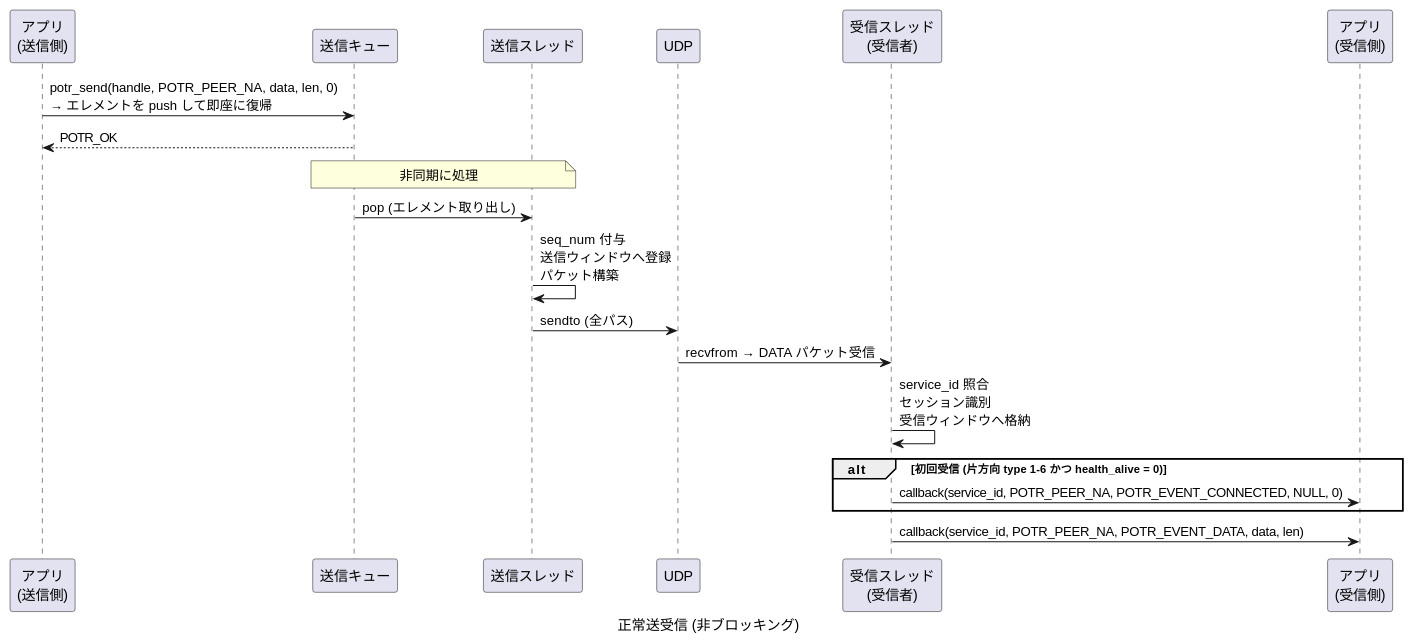
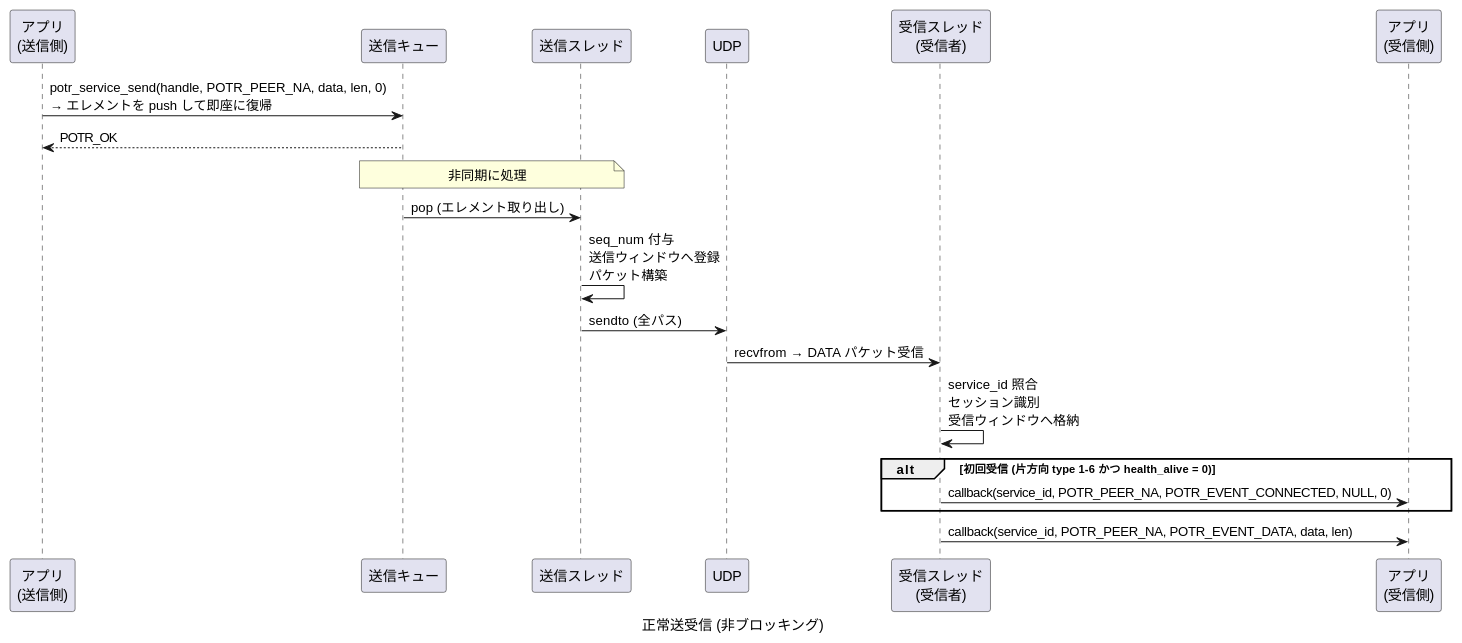
The first of 9 diagrams in docs/sequence-data.md (Hondarer/app_porter), drawn with PlantUML before and after one commit. The commit also changed other lines of this file and 46 other files, not shown here.

````diff
--- a/docs/sequence-data.md
+++ b/docs/sequence-data.md
@@ -9,31 +9,31 @@
 ```plantuml
 @startuml 正常送受信 (非ブロッキング)
 caption 正常送受信 (非ブロッキング)
 
 participant "アプリ\n(送信側)" as SAPP
 participant "送信キュー" as Q
 participant "送信スレッド" as ST
 participant "UDP" as UDP
 participant "受信スレッド\n(受信者)" as RRT
 participant "アプリ\n(受信側)" as RAPP
 
-SAPP -> Q: potr_send(handle, POTR_PEER_NA, data, len, 0)\n→ エレメントを push して即座に復帰
+SAPP -> Q: potr_service_send(handle, POTR_PEER_NA, data, len, 0)\n→ エレメントを push して即座に復帰
 SAPP <-- Q: POTR_OK
 
 note over Q, ST: 非同期に処理
 
 Q -> ST: pop (エレメント取り出し)
 ST -> ST: seq_num 付与\n送信ウィンドウへ登録\nパケット構築
 ST -> UDP: sendto (全パス)
 
 UDP -> RRT: recvfrom → DATA パケット受信
 RRT -> RRT: service_id 照合\nセッション識別\n受信ウィンドウへ格納
 
 alt 初回受信 (片方向 type 1-6 かつ health_alive = 0)
   RRT -> RAPP: callback(service_id, POTR_PEER_NA, POTR_EVENT_CONNECTED, NULL, 0)
 end
 
 RRT -> RAPP: callback(service_id, POTR_PEER_NA, POTR_EVENT_DATA, data, len)
 
 @enduml
 ```
````
